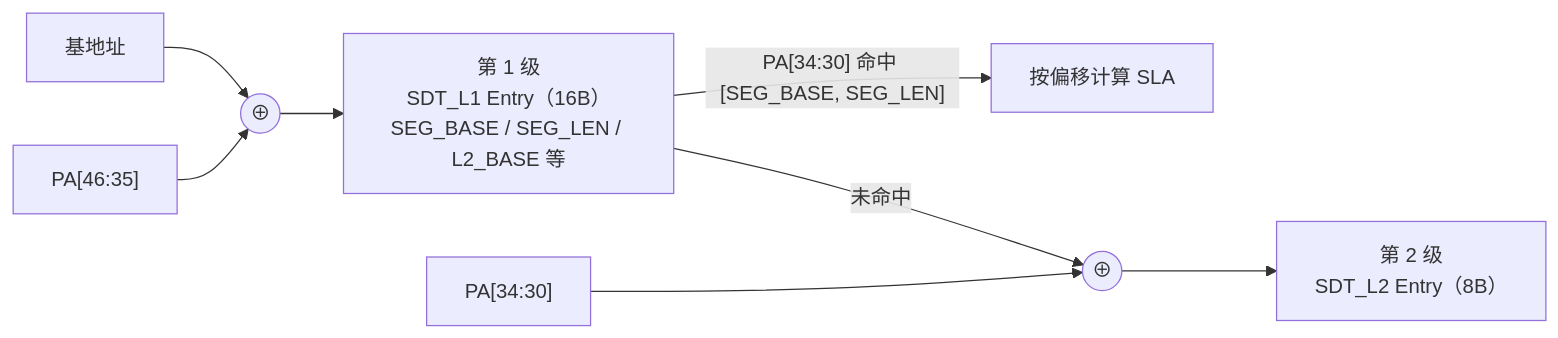
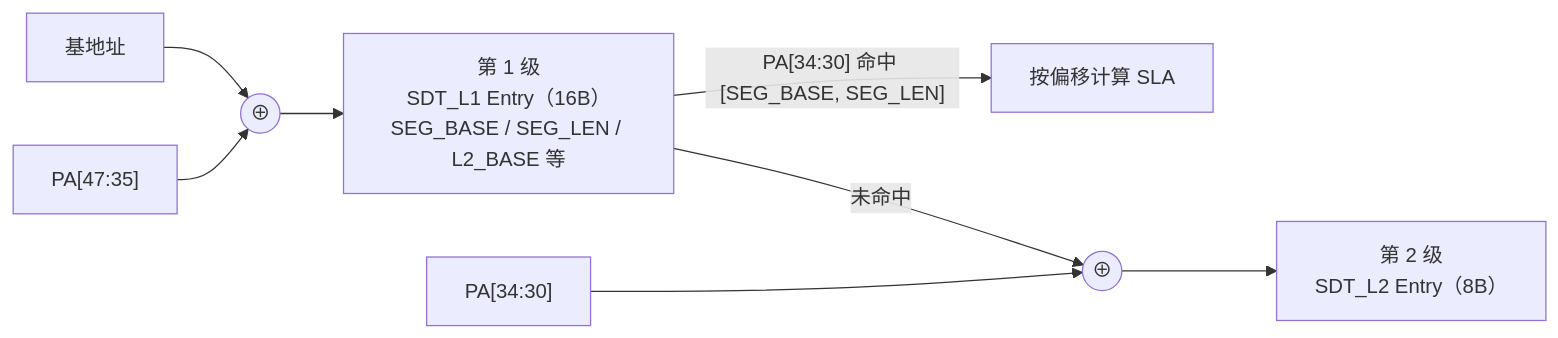
The fourth of 8 diagrams in doc/design_plan/内存池化SDecoder和SMMU部件设计方案2.6/内存池化SDecoder和SMMU部件设计方案v2.6.md (DuBirdFly/C1_SDecoder), drawn with Mermaid before and after one commit. The commit also changed other lines of this file and 7 other files, not shown here.

````diff
--- a/doc/design_plan/内存池化SDecoder和SMMU部件设计方案2.6/内存池化SDecoder和SMMU部件设计方案v2.6.md
+++ b/doc/design_plan/内存池化SDecoder和SMMU部件设计方案2.6/内存池化SDecoder和SMMU部件设计方案v2.6.md
@@ -158,10 +159,10 @@
 ```mermaid
 flowchart LR
     BASE["基地址"] --> XOR1(("⊕"))
-    ADDR1["PA[46:35]"] --> XOR1
+    ADDR1["PA[47:35]"] --> XOR1
     XOR1 --> L1["第 1 级<br/>SDT_L1 Entry（16B）<br/>SEG_BASE / SEG_LEN / L2_BASE 等"]
     L1 -->|"PA[34:30] 命中 [SEG_BASE, SEG_LEN]"| SLA["按偏移计算 SLA"]
     L1 -->|未命中| XOR2(("⊕"))
     ADDR2["PA[34:30]"] --> XOR2
     XOR2 --> L2["第 2 级<br/>SDT_L2 Entry（8B）"]
 ```
````
